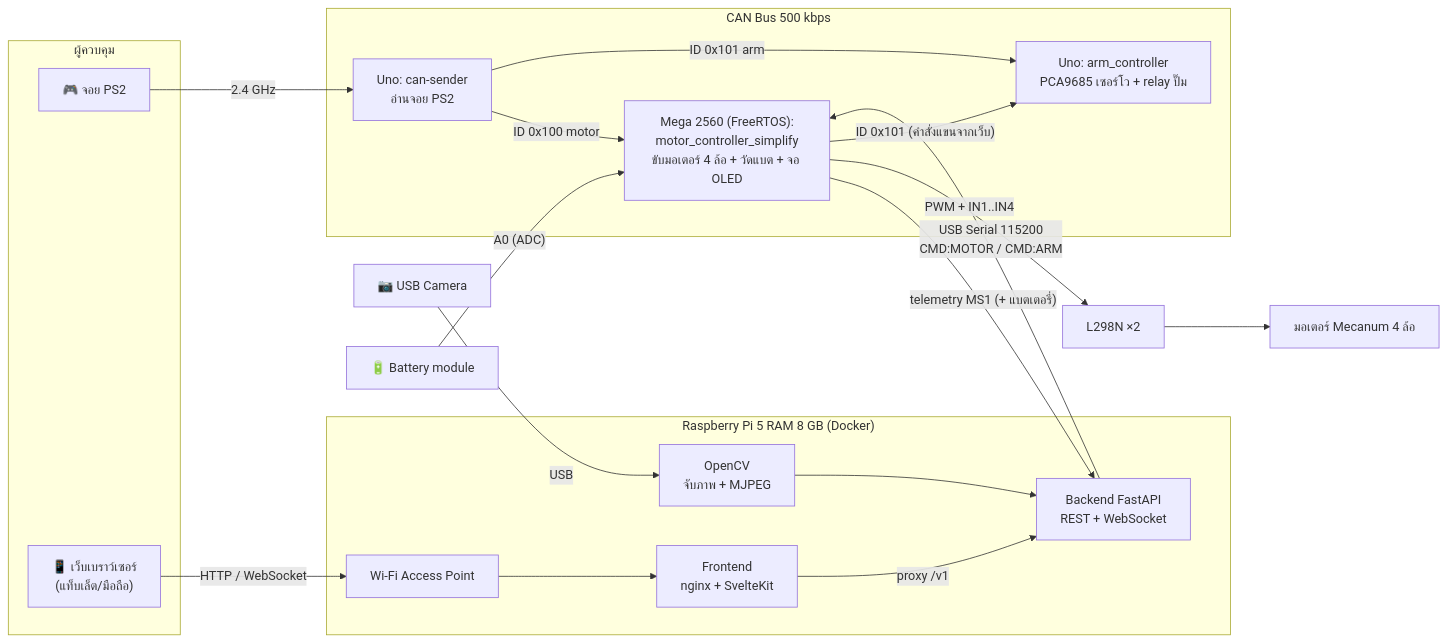
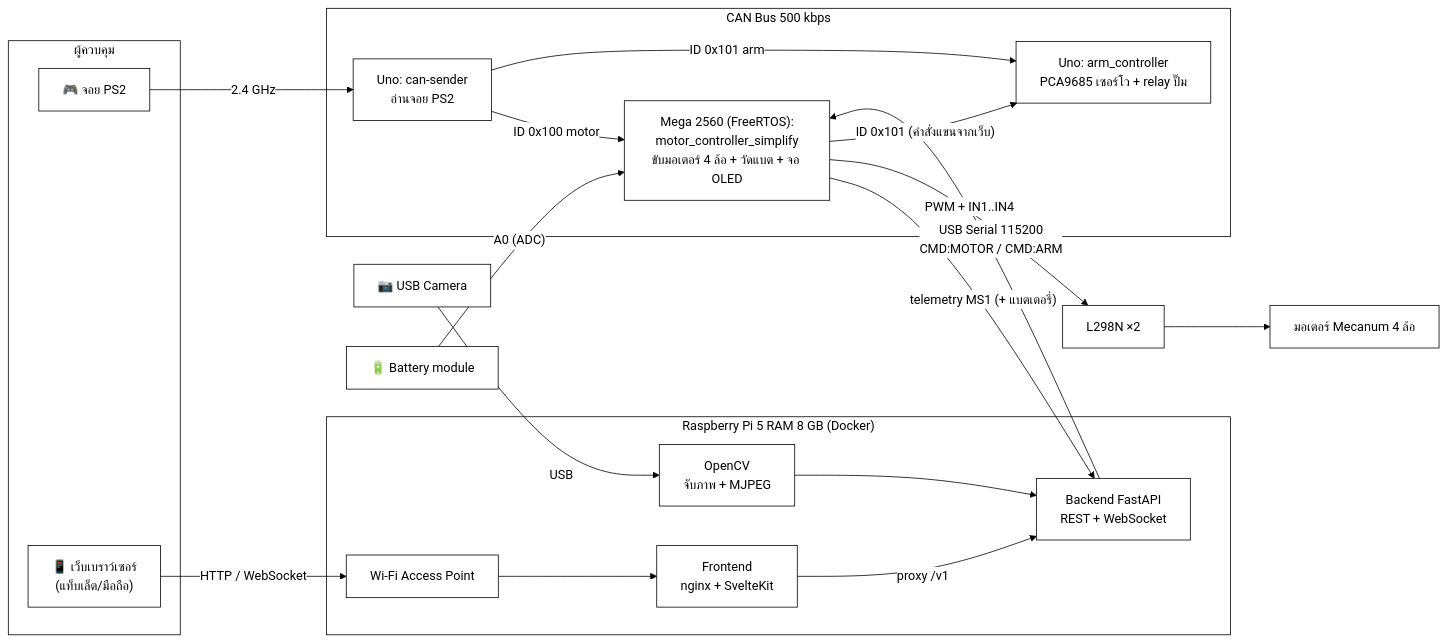
The first of 7 diagrams in docs/doc.md (SaktanuthPeak/durian-bot), drawn with Mermaid before and after one commit. The commit also changed other lines of this file and 14 other files, not shown here.

````diff
--- a/docs/doc.md
+++ b/docs/doc.md
@@ -283,33 +183,39 @@
 ```mermaid
+%%{init: {'theme': 'base', 'themeVariables': {'background': '#ffffff', 'mainBkg': '#ffffff', 'primaryColor': '#ffffff', 'secondaryColor': '#ffffff', 'tertiaryColor': '#ffffff', 'primaryTextColor': '#000000', 'secondaryTextColor': '#000000', 'tertiaryTextColor': '#000000', 'textColor': '#000000', 'primaryBorderColor': '#000000', 'secondaryBorderColor': '#000000', 'tertiaryBorderColor': '#000000', 'nodeBorder': '#000000', 'lineColor': '#000000', 'clusterBkg': '#ffffff', 'clusterBorder': '#000000', 'edgeLabelBackground': '#ffffff', 'titleColor': '#000000', 'actorBkg': '#ffffff', 'actorBorder': '#000000', 'actorTextColor': '#000000', 'actorLineColor': '#000000', 'signalColor': '#000000', 'signalTextColor': '#000000', 'labelBoxBkgColor': '#ffffff', 'labelBoxBorderColor': '#000000', 'labelTextColor': '#000000', 'loopTextColor': '#000000', 'noteBkgColor': '#ffffff', 'noteBorderColor': '#000000', 'noteTextColor': '#000000', 'activationBkgColor': '#ffffff', 'activationBorderColor': '#000000'}}}%%
 flowchart LR
     subgraph USER["ผู้ควบคุม"]
         PS2["🎮 จอย PS2"]
         WEB["📱 เว็บเบราว์เซอร์<br/>(แท็บเล็ต/มือถือ)"]
     end
 
     subgraph PI["Raspberry Pi 5 RAM 8 GB (Docker)"]
         AP["Wi-Fi Access Point"]
         FE["Frontend<br/>nginx + SvelteKit"]
         BE["Backend FastAPI<br/>REST + WebSocket"]
         CV["OpenCV<br/>จับภาพ + MJPEG"]
     end
 
     CAM["📷 USB Camera"]
 
     subgraph CAN["CAN Bus 500 kbps"]
         SENDER["Uno: can-sender<br/>อ่านจอย PS2"]
         MEGA["Mega 2560 (FreeRTOS):<br/>motor_controller_simplify<br/>ขับมอเตอร์ 4 ล้อ + วัดแบต + จอ OLED"]
         ARM["Uno: arm_controller<br/>PCA9685 เซอร์โว + relay ปั๊ม"]
     end
 
     PS2 -- "2.4 GHz" --> SENDER
     WEB -- "HTTP / WebSocket" --> AP --> FE -- "proxy /v1" --> BE
     CAM -- USB --> CV --> BE
     SENDER -- "ID 0x100 motor" --> MEGA
     SENDER -- "ID 0x101 arm" --> ARM
     BE -- "USB Serial 115200<br/>CMD:MOTOR / CMD:ARM" --> MEGA
     MEGA -- "telemetry MS1 (+ แบตเตอรี่)" --> BE
     MEGA -- "PWM + IN1..IN4" --> L298["L298N ×2"] --> WHEELS["มอเตอร์ Mecanum 4 ล้อ"]
     BAT["🔋 Battery module"] -- "A0 (ADC)" --> MEGA
     MEGA -- "ID 0x101 (คำสั่งแขนจากเว็บ)" --> ARM
+    classDef default fill:#ffffff,stroke:#000000,color:#000000;
+    style USER fill:#ffffff,stroke:#000000,color:#000000
+    style PI fill:#ffffff,stroke:#000000,color:#000000
+    style CAN fill:#ffffff,stroke:#000000,color:#000000
+    linkStyle default stroke:#000000,color:#000000
 ```
````
